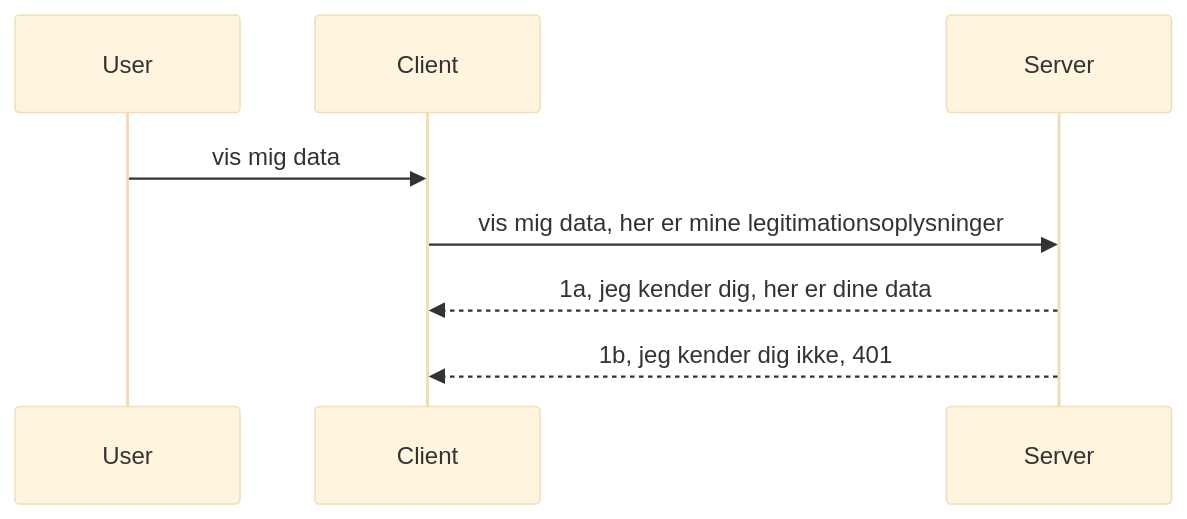
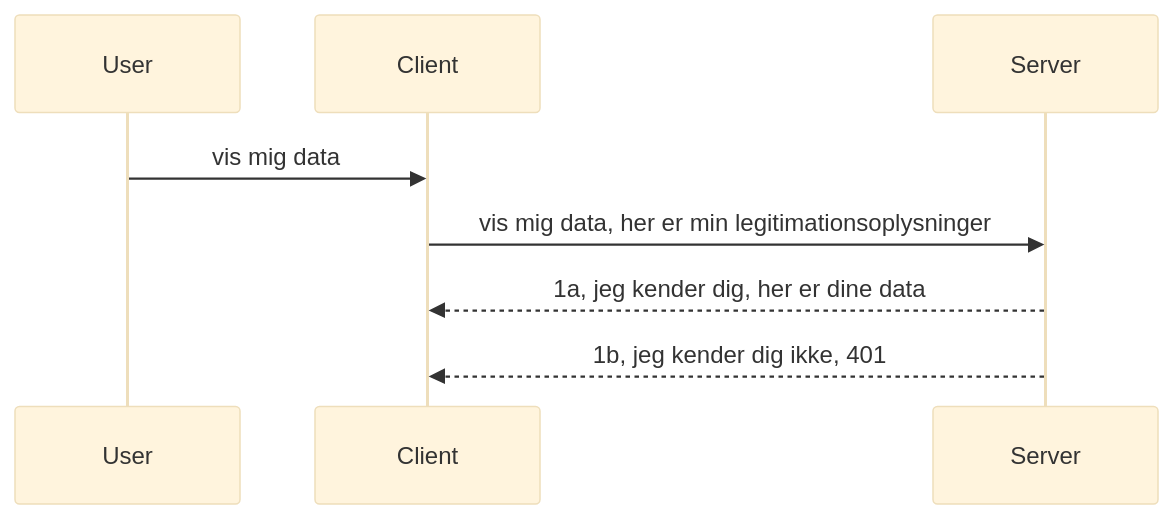
Before and after one commit to HIDORAKAI002/ai-workspace-archive: the diagram in mcp_ecosystem__model_context_protocol/mcp_learning_resources/mcp-for-beginners/translations/da/03-GettingStarted/11-simple-auth/README.md, drawn with Mermaid (base theme). The commit also changed other lines of this file and 1046 other files, not shown here.

````diff
--- a/mcp_ecosystem__model_context_protocol/mcp_learning_resources/mcp-for-beginners/translations/da/03-GettingStarted/11-simple-auth/README.md
+++ b/mcp_ecosystem__model_context_protocol/mcp_learning_resources/mcp-for-beginners/translations/da/03-GettingStarted/11-simple-auth/README.md
@@ -24,11 +24,11 @@
 ```mermaid
 sequenceDiagram
    participant User
    participant Client
    participant Server
 
    User->>Client: vis mig data
-   Client->>Server: vis mig data, her er mine legitimationsoplysninger
+   Client->>Server: vis mig data, her er min legitimationsoplysninger
    Server-->>Client: 1a, jeg kender dig, her er dine data
    Server-->>Client: 1b, jeg kender dig ikke, 401 
 ```
````
